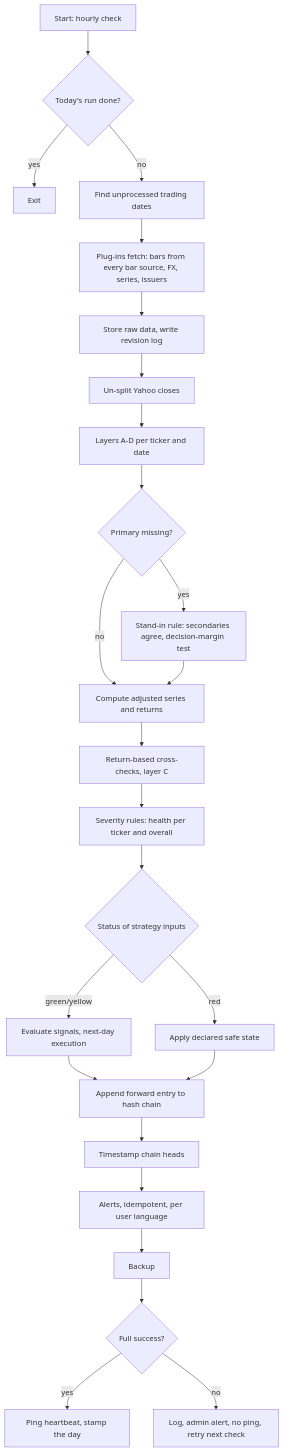
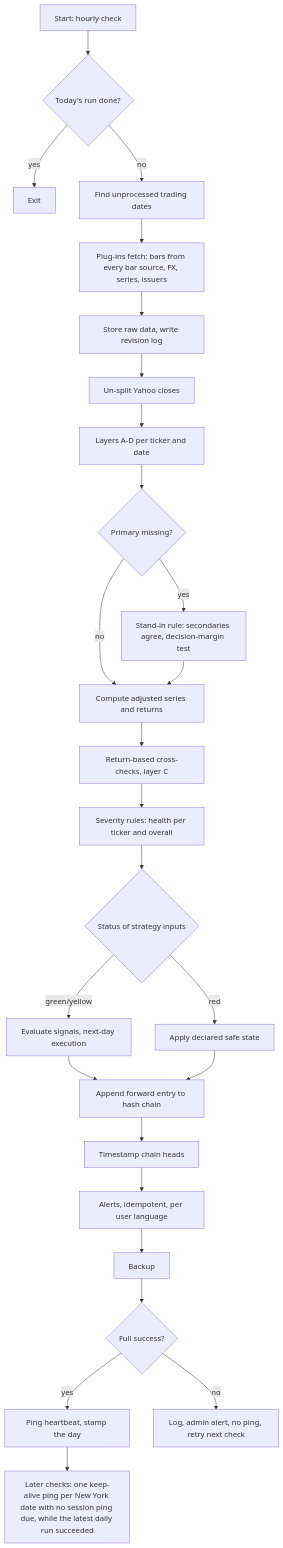
One commit to sp1aca9fa/saku changed the second of 2 diagrams in docs/system-design.md. Above: the diagram before and after it, drawn with Mermaid. The commit also changed other lines of this file and 17 other files, not shown here.

First line of the commit message:
Heartbeat keep-alive: weekends and holidays no longer read as an outage

````diff
--- a/docs/system-design.md
+++ b/docs/system-design.md
@@ -80,27 +80,28 @@
 ```mermaid
 flowchart TD
   S[Start: hourly check] --> D{Today's run done?}
   D -- yes --> X[Exit]
   D -- no --> C[Find unprocessed trading dates]
   C --> F[Plug-ins fetch: bars from every bar source, FX, series, issuers]
   F --> R[Store raw data, write revision log]
   R --> U[Un-split Yahoo closes]
   U --> V[Layers A-D per ticker and date]
   V --> SI{Primary missing?}
   SI -- yes --> ST[Stand-in rule: secondaries agree, decision-margin test]
   SI -- no --> A
   ST --> A[Compute adjusted series and returns]
   A --> V2[Return-based cross-checks, layer C]
   V2 --> HS[Severity rules: health per ticker and overall]
   HS --> E{Status of strategy inputs}
   E -- green/yellow --> EV[Evaluate signals, next-day execution]
   E -- red --> SS[Apply declared safe state]
   EV --> FW[Append forward entry to hash chain]
   SS --> FW
   FW --> TSA[Timestamp chain heads]
   TSA --> N[Alerts, idempotent, per user language]
   N --> B[Backup]
   B --> HB{Full success?}
   HB -- yes --> P[Ping heartbeat, stamp the day]
   HB -- no --> L[Log, admin alert, no ping, retry next check]
+  P --> KA[Later checks: one keep-alive ping per New York date with no session ping due, while the latest daily run succeeded]
 ```
````
